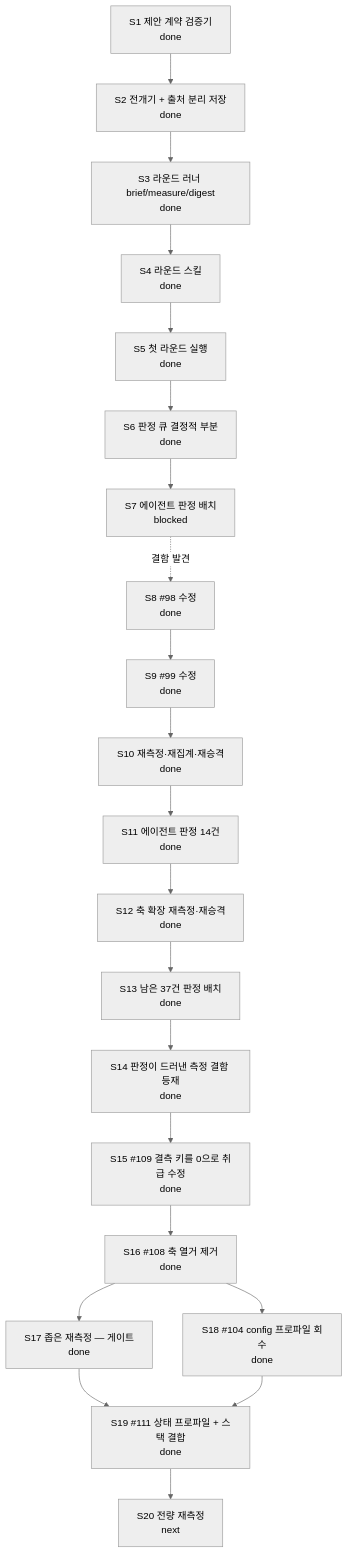
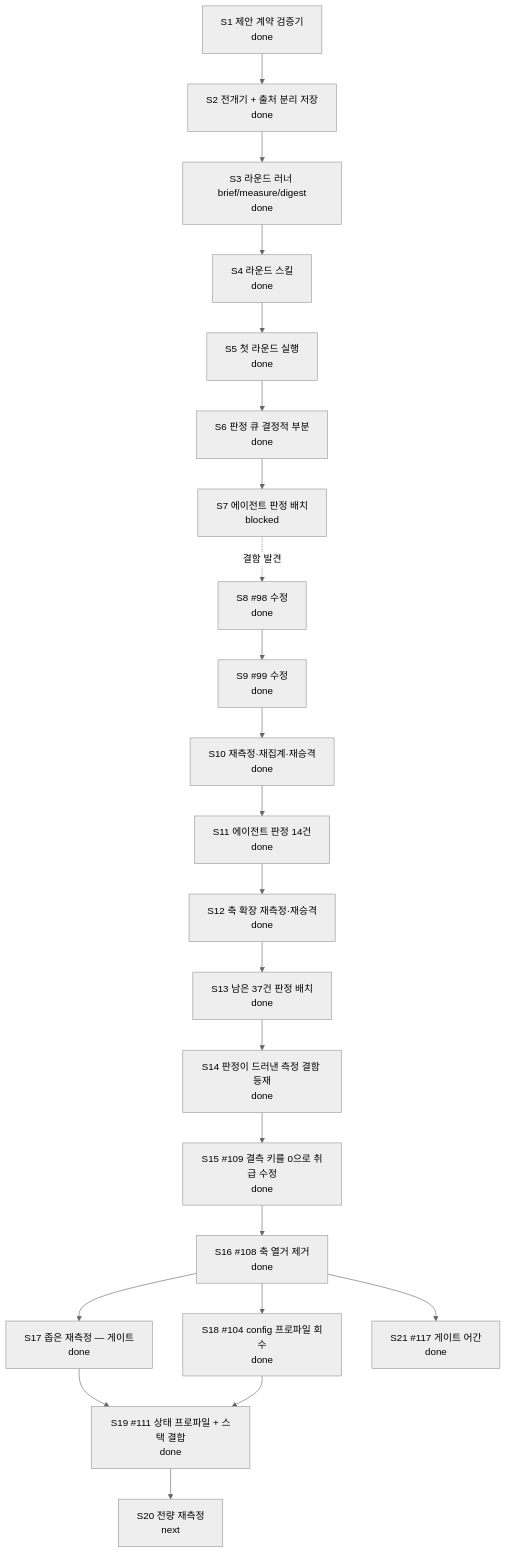
One commit to skerfolg/poe2-ai-wiki changed the diagram in docs/CURRENT-PLAN.md. Above: the diagram before and after it, drawn with Mermaid (neutral theme). The commit also changed other lines of this file and 2 other files, not shown here.

````diff
--- a/docs/CURRENT-PLAN.md
+++ b/docs/CURRENT-PLAN.md
@@ -23,27 +23,29 @@
 ```mermaid
 flowchart TD
   CONTRACT[S1 제안 계약 검증기<br/>done]
   FLOW[S2 전개기 + 출처 분리 저장<br/>done]
   ROUND[S3 라운드 러너 brief/measure/digest<br/>done]
   SKILL[S4 라운드 스킬<br/>done]
   FIRST[S5 첫 라운드 실행<br/>done]
   NECESS[S6 판정 큐 결정적 부분<br/>done]
   JUDGE[S7 에이전트 판정 배치<br/>blocked]
   FIX[S8 #98 수정<br/>done]
   REMEAS[S9 #99 수정<br/>done]
   REAGG[S10 재측정·재집계·재승격<br/>done]
   RESUME[S11 에이전트 판정 14건<br/>done]
   AXES[S12 축 확장 재측정·재승격<br/>done]
   NEXT2[S13 남은 37건 판정 배치<br/>done]
   DEF[S14 판정이 드러낸 측정 결함 등재<br/>done]
   FIXDELTA[S15 #109 결측 키를 0으로 취급 수정<br/>done]
   WIDEN[S16 #108 축 열거 제거<br/>done]
   NARROW[S17 좁은 재측정 — 게이트<br/>done]
   CFG[S18 #104 config 프로파일 회수<br/>done]
   CPL[S19 #111 상태 프로파일 + 스택 결합<br/>done]
   FULL[S20 전량 재측정<br/>next]
+  STEM[S21 #117 게이트 어간<br/>done]
   CONTRACT --> FLOW --> ROUND --> SKILL --> FIRST --> NECESS --> JUDGE
   JUDGE -. 결함 발견 .-> FIX --> REMEAS --> REAGG --> RESUME --> AXES --> NEXT2
   NEXT2 --> DEF --> FIXDELTA --> WIDEN --> NARROW --> CPL --> FULL
   WIDEN --> CFG --> CPL
+  WIDEN --> STEM
 ```
````
